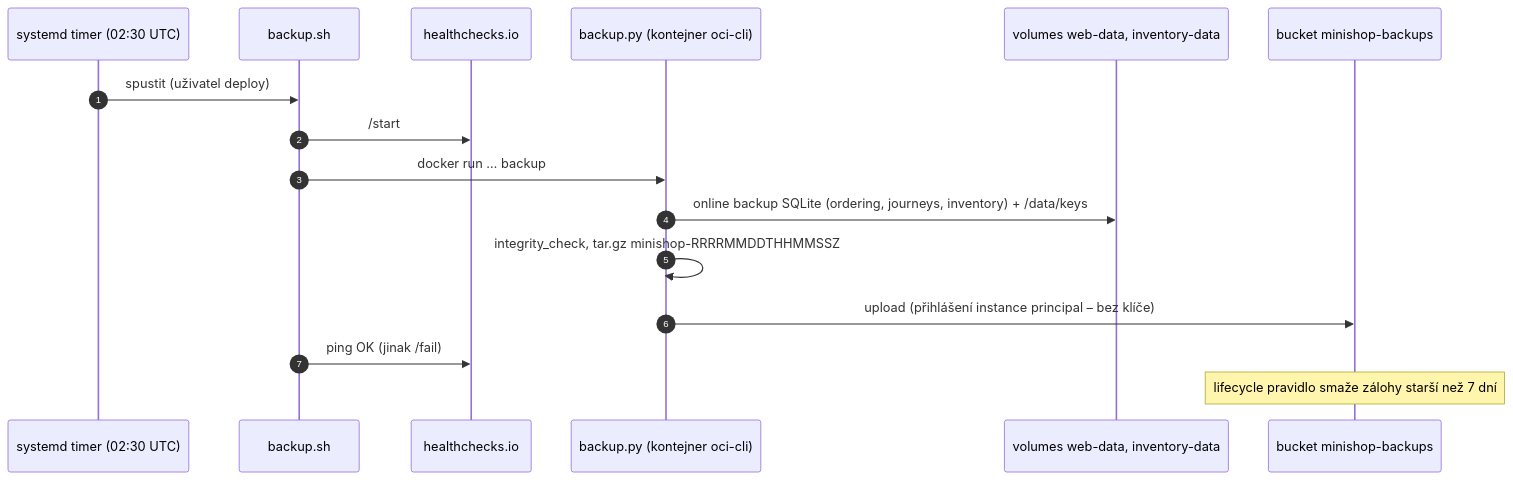
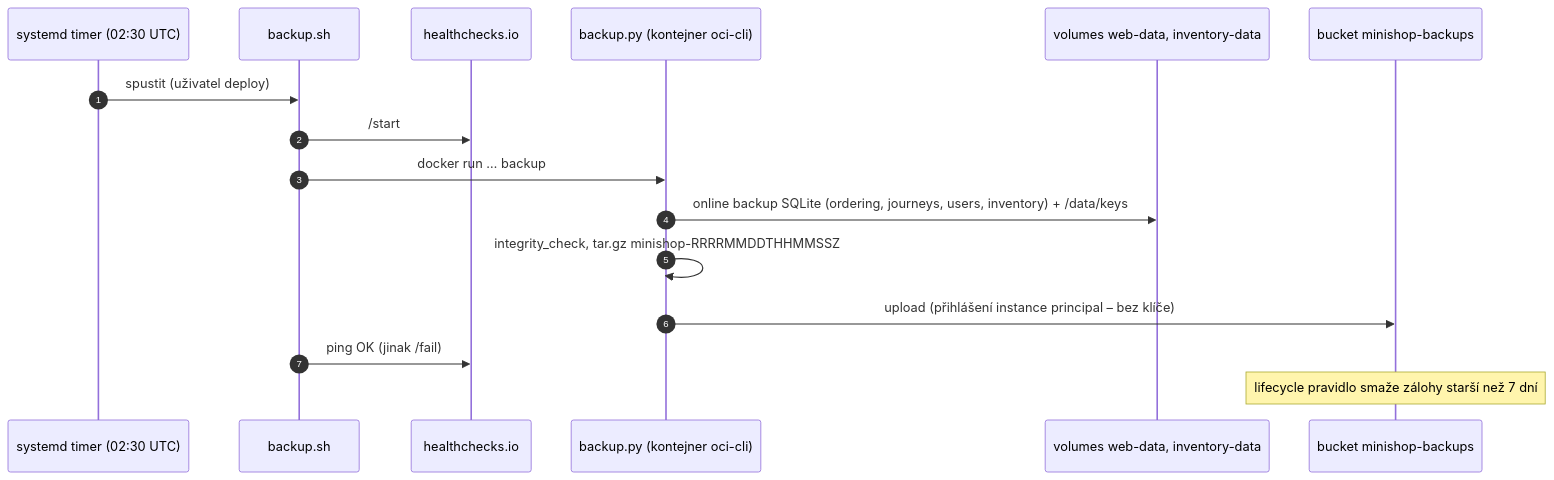
Before and after one commit to ftichy/MiniShop: the diagram in docs/prirucka/nasazeni/zalohy.md, drawn with Mermaid. The commit also changed 34 other files, not shown here.

````diff
--- a/docs/prirucka/nasazeni/zalohy.md
+++ b/docs/prirucka/nasazeni/zalohy.md
@@ -12,19 +12,19 @@
 ```mermaid
 sequenceDiagram
     autonumber
     participant T as systemd timer (02:30 UTC)
     participant S as backup.sh
     participant HC as healthchecks.io
     participant P as backup.py (kontejner oci-cli)
     participant V as volumes web-data, inventory-data
     participant B as bucket minishop-backups
 
     T->>S: spustit (uživatel deploy)
     S->>HC: /start
     S->>P: docker run … backup
-    P->>V: online backup SQLite (ordering, journeys, inventory) + /data/keys
+    P->>V: online backup SQLite (ordering, journeys, users, inventory) + /data/keys
     P->>P: integrity_check, tar.gz minishop-RRRRMMDDTHHMMSSZ
     P->>B: upload (přihlášení instance principal – bez klíče)
     S->>HC: ping OK (jinak /fail)
     Note over B: lifecycle pravidlo smaže zálohy starší než 7 dní
 ```
````
